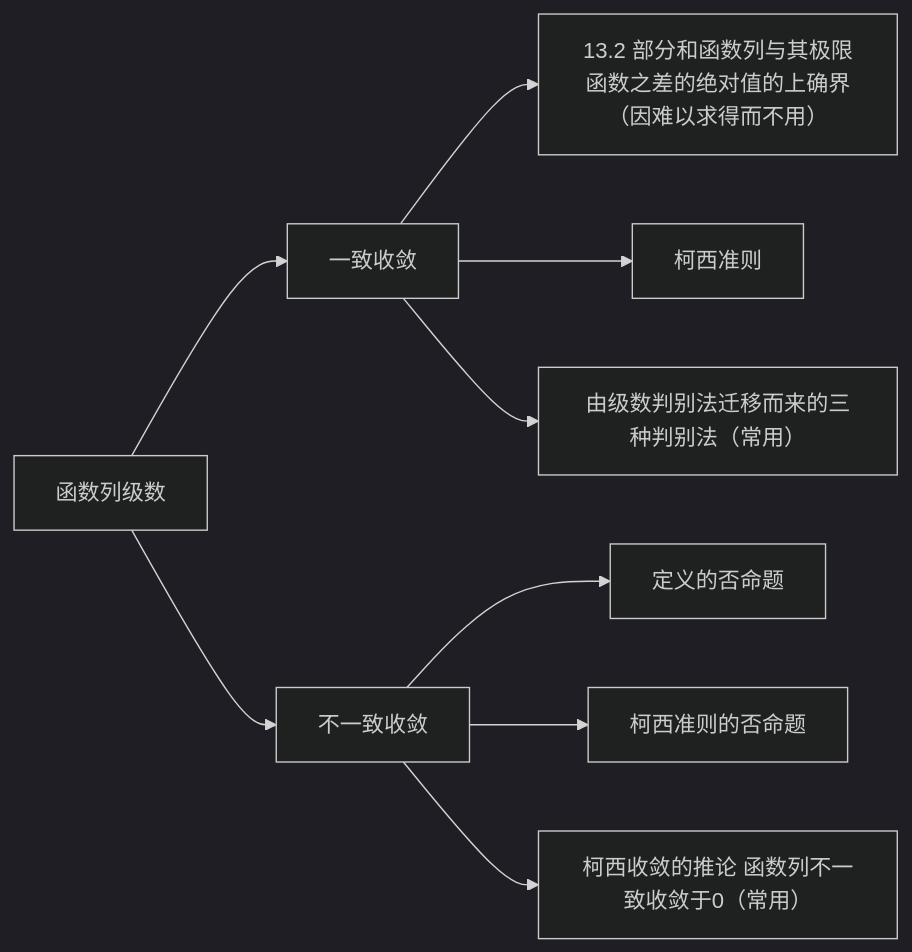
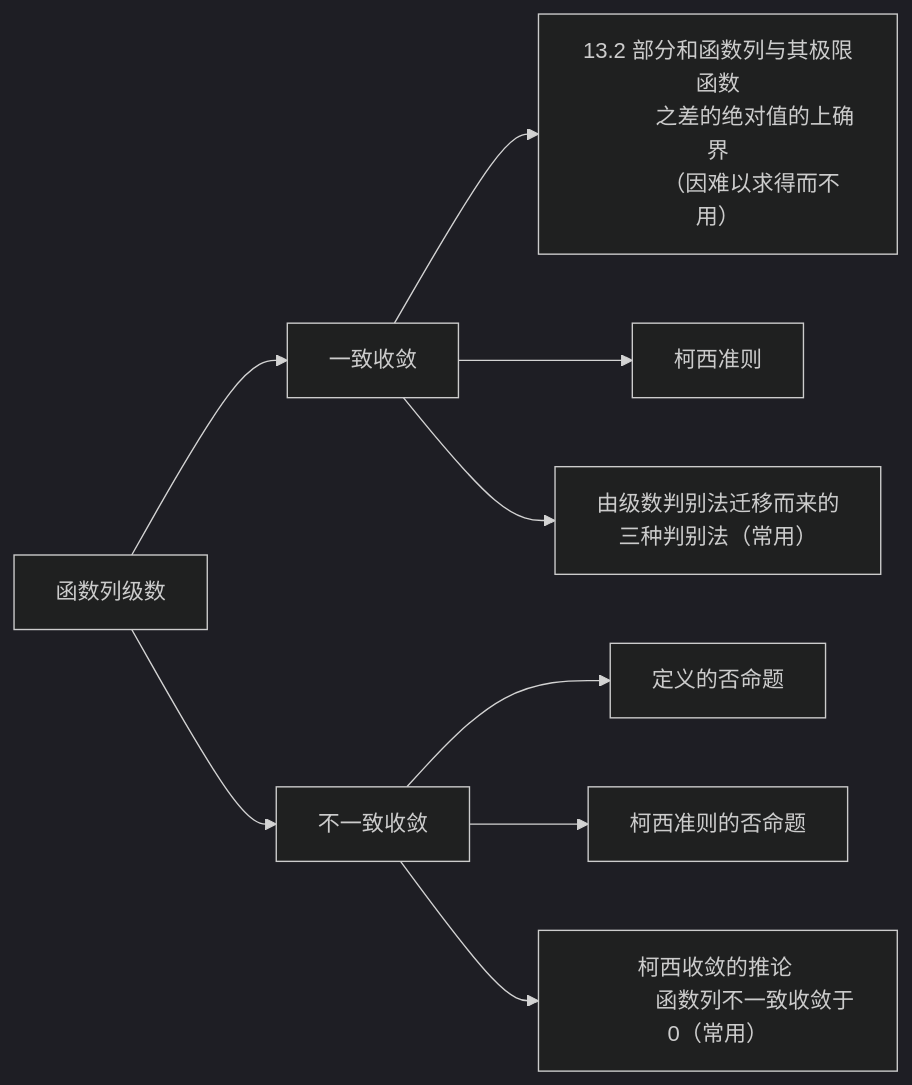
The second of 2 diagrams in docs/Math/Analysis/Analysis.md (Nano-ELC/myweb), drawn with Mermaid (dark theme) before and after one commit. The commit also changed other lines of this file and 19 other files, not shown here.

Commit message:
admonition and mermaid support 25.2.11

````diff
--- a/docs/Math/Analysis/Analysis.md
+++ b/docs/Math/Analysis/Analysis.md
@@ -403,11 +409,15 @@
 ```mermaid
 graph LR
     A[函数列级数] --> B[一致收敛]
     A --> C[不一致收敛]
-    B --> D[13.2 部分和函数列与其极限函数之差的绝对值的上确界（因难以求得而不用）]
+    B --> D[13.2 部分和函数列与其极限函数
+            之差的绝对值的上确界
+           （因难以求得而不用）]
     B --> E[柯西准则]
-    B --> I[由级数判别法迁移而来的三种判别法（常用）]
+    B --> I[由级数判别法迁移而来的
+            三种判别法（常用）]
     C --> F[定义的否命题]
     C --> G[柯西准则的否命题]
-    C --> H[柯西收敛的推论 函数列不一致收敛于0（常用）]
+    C --> H[柯西收敛的推论 
+            函数列不一致收敛于0（常用）]
 ```
````
